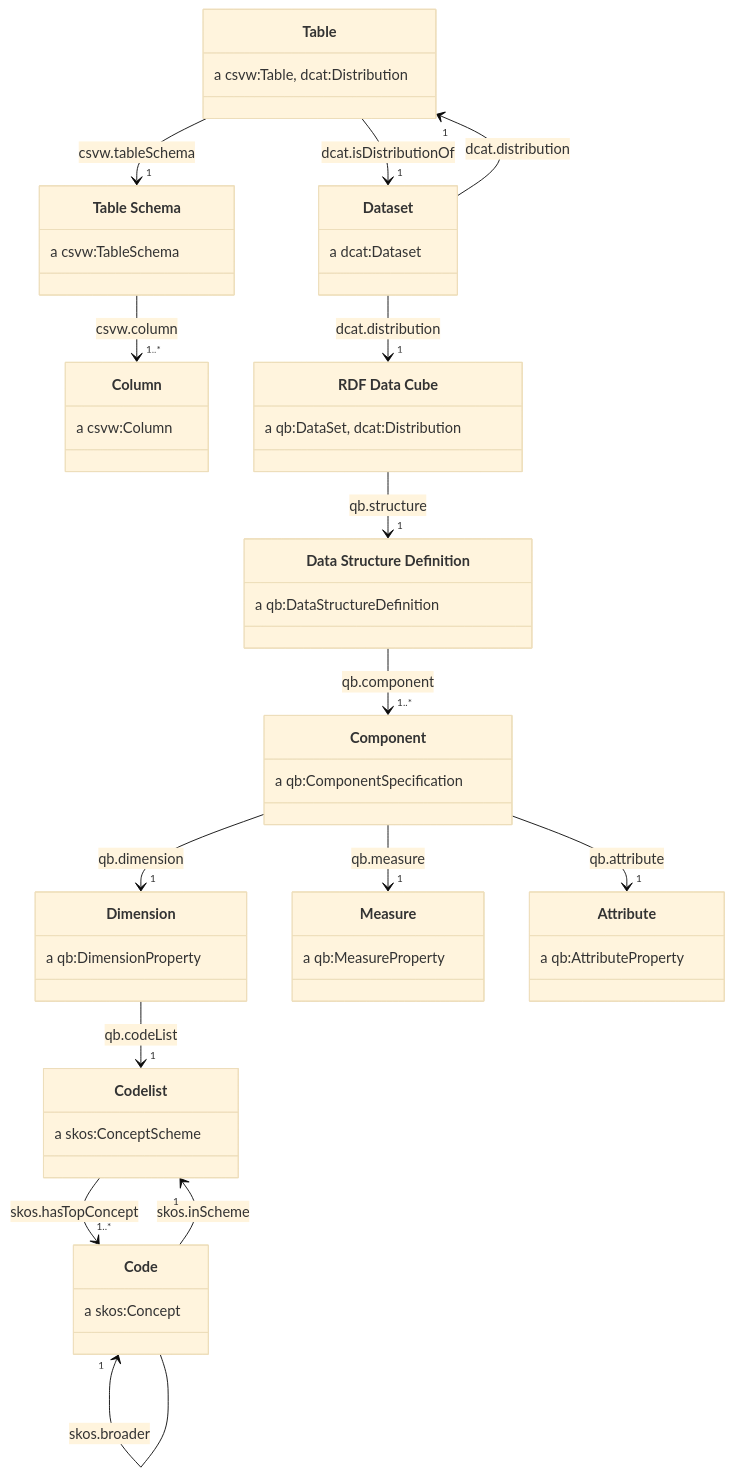
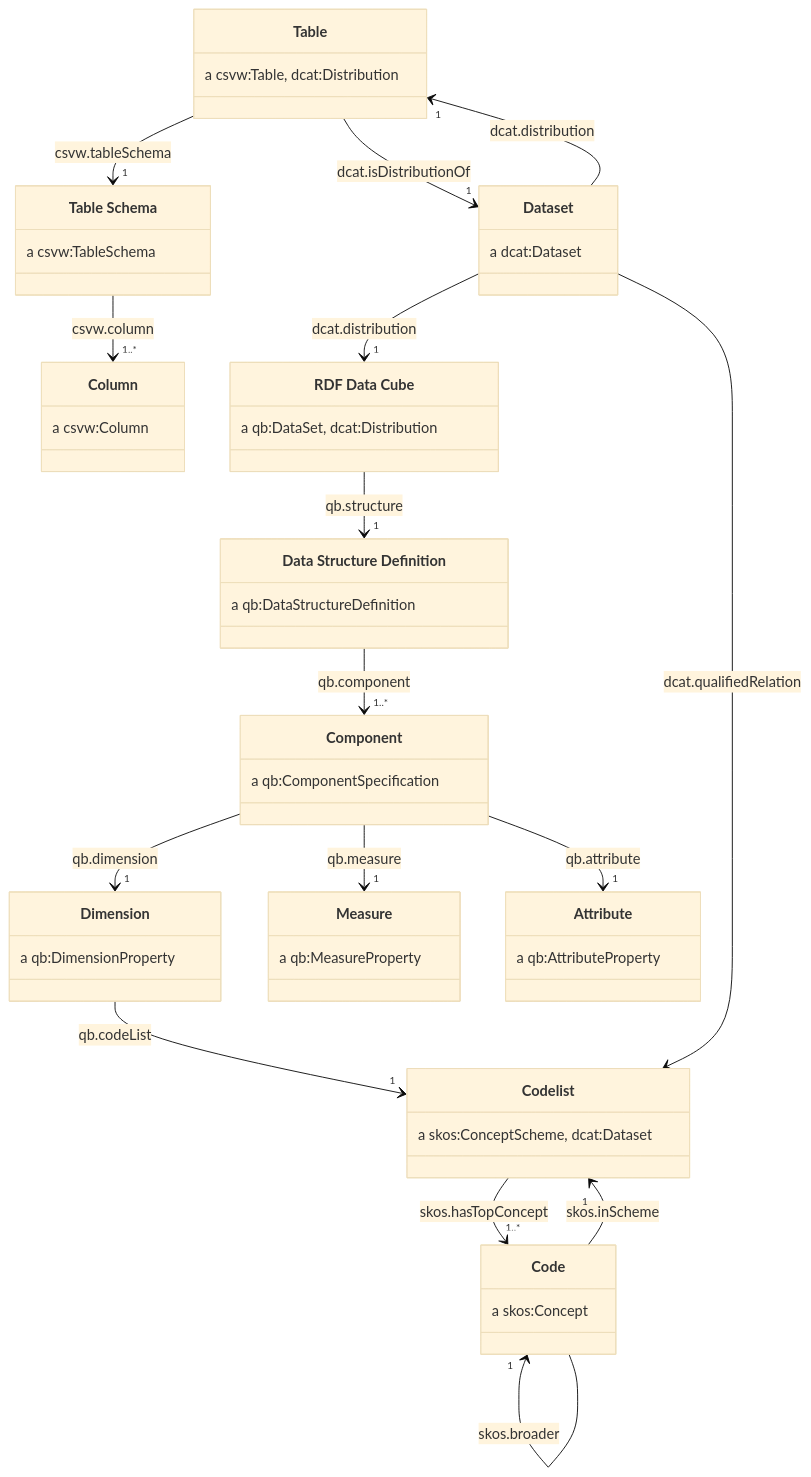
One commit to ONSdigital/application-profile changed diagram 16 of 16 in README.md. Above: the diagram before and after it, drawn with Mermaid (base theme). The commit also changed other lines of this file and 1 other file, not shown here.

Commit message:
New vocab start dataset attachment examples

````diff
--- a/README.md
+++ b/README.md
@@ -2345,55 +2347,56 @@
 ```mermaid
 classDiagram
     class `Table` {
         a csvw:Table, dcat:Distribution
     }
     class `Table Schema` {
         a csvw:TableSchema
     }
     class `Column` {
         a csvw:Column
     }
     class `Dataset` {
         a dcat:Dataset
     }
     class `RDF Data Cube` {
         a qb:DataSet, dcat:Distribution
     }
     class `Data Structure Definition` {
         a qb:DataStructureDefinition
     }
     class Component {
         a qb:ComponentSpecification
     }
     class Dimension {
         a qb:DimensionProperty
     }
     class Measure {
         a qb:MeasureProperty
     }
     class Attribute {
         a qb:AttributeProperty
     }
     class Codelist {
-        a skos:ConceptScheme
+        a skos:ConceptScheme, dcat:Dataset
     }
     class Code {
         a skos:Concept
     }
 
     Table --> "1" `Table Schema`: csvw.tableSchema
     `Table Schema` --> "1..*" Column: csvw.column
     Table --> "1" Dataset: dcat.isDistributionOf
     Table "1" <-- Dataset: dcat.distribution
     Dataset --> "1" `RDF Data Cube` : dcat.distribution
     `RDF Data Cube` --> "1" `Data Structure Definition` : qb.structure
     `Data Structure Definition` --> "1..*" Component: qb.component
     Component --> "1" Dimension: qb.dimension
     Component --> "1" Measure: qb.measure
     Component --> "1" Attribute: qb.attribute
     Dimension --> "1" Codelist : qb.codeList
     Codelist --> "1..*" Code : skos.hasTopConcept
     Code --> "1" Codelist : skos.inScheme
     Code --> "1..*" Code : skos.narrower
     Code "1" <--  Code : skos.broader
+    Dataset --> Codelist : dcat.qualifiedRelation
 ```
````
